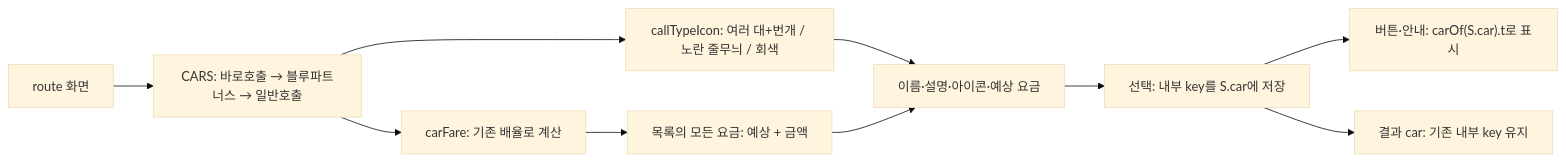
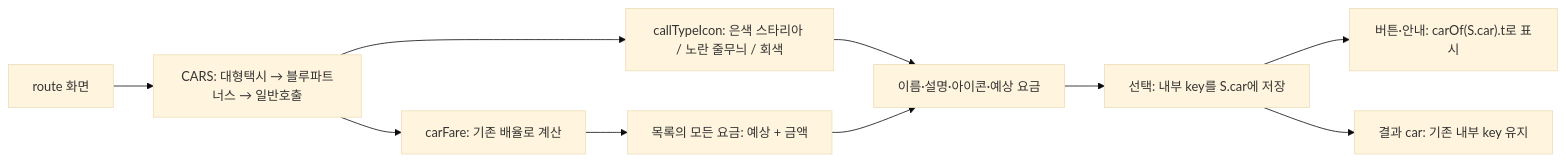
Before and after one commit to PLAUROS/kimhyoeun-redesign: the third of 6 diagrams in PIPELINE.md, drawn with Mermaid (base theme). The commit also changed other lines of this file, not shown here.

Commit message:
docs: update PIPELINE.md for large taxi label and assigned vehicle icon

````diff
--- a/PIPELINE.md
+++ b/PIPELINE.md
@@ -78,12 +78,12 @@
 ```mermaid
 flowchart LR
-  R["route 화면"] --> C["CARS: 바로호출 → 블루파트너스 → 일반호출"]
-  C --> I["callTypeIcon: 여러 대+번개 / 노란 줄무늬 / 회색"]
+  R["route 화면"] --> C["CARS: 대형택시 → 블루파트너스 → 일반호출"]
+  C --> I["callTypeIcon: 은색 스타리아 / 노란 줄무늬 / 회색"]
   C --> F["carFare: 기존 배율로 계산"]
   F --> T["목록의 모든 요금: 예상 + 금액"]
   I --> UI["이름·설명·아이콘·예상 요금"]
   T --> UI
   UI --> Pick["선택: 내부 key를 S.car에 저장"]
   Pick --> Label["버튼·안내: carOf(S.car).t로 표시"]
   Pick --> Report["결과 car: 기존 내부 key 유지"]
 ```
````
